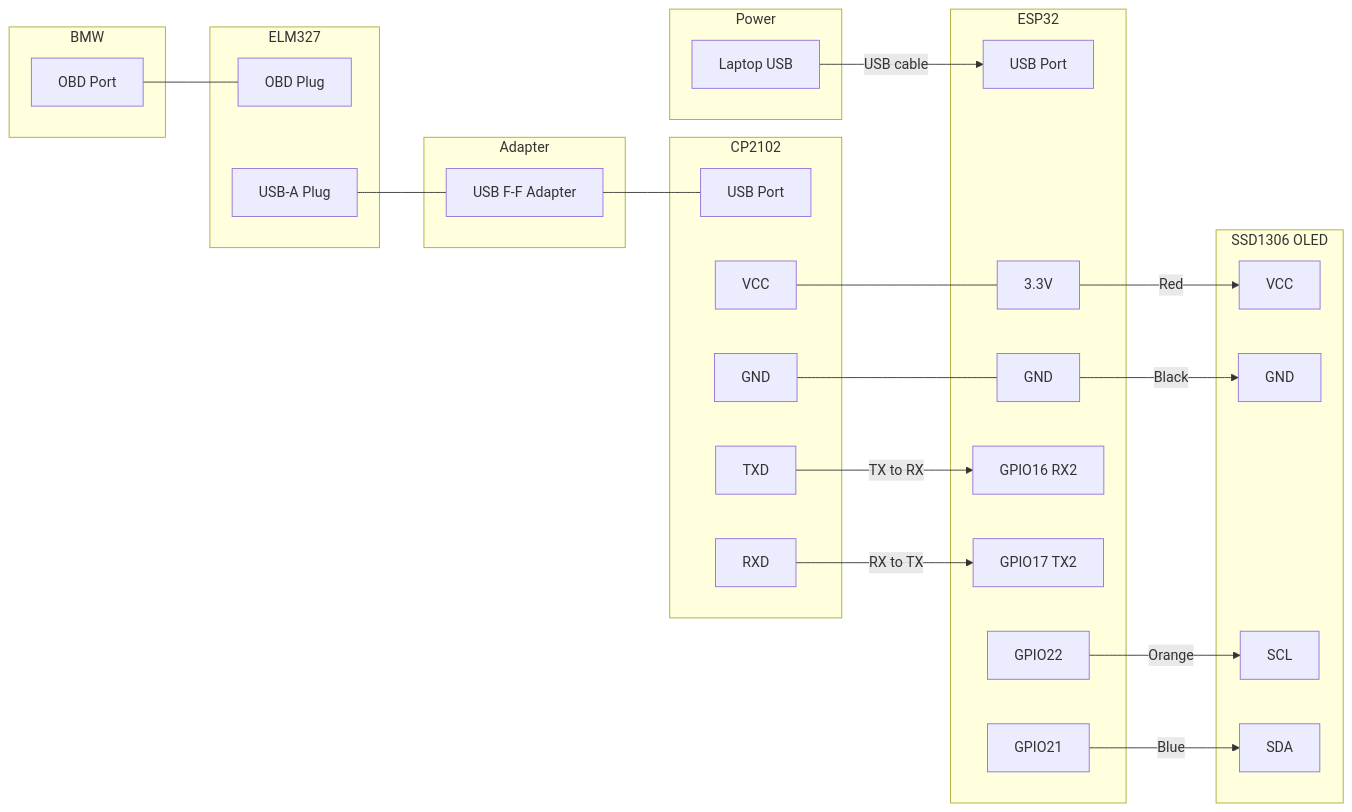
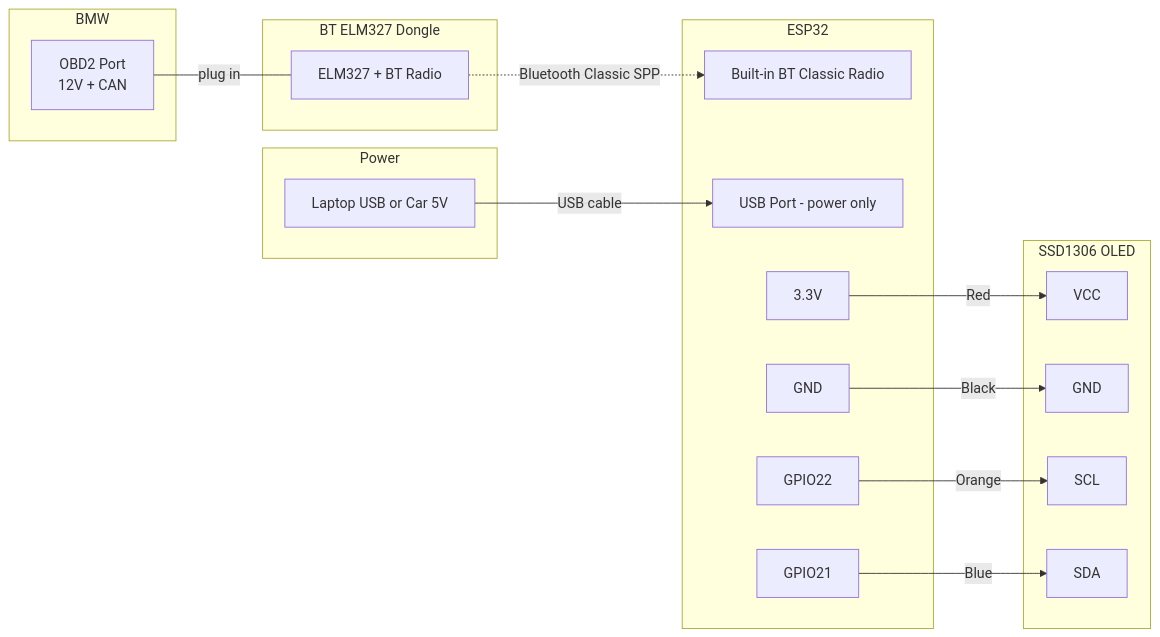
One commit to anejckl/bmw-dash-display changed the second of 2 diagrams in docs/wiring_oled.md. Above: the diagram before and after it, drawn with Mermaid. The commit also changed other lines of this file and 4 other files, not shown here.

First line of the commit message:
Switch to Bluetooth ELM327 and overhaul README

````diff
--- a/docs/wiring_oled.md
+++ b/docs/wiring_oled.md
@@ -63,57 +86,38 @@
 ```mermaid
 graph LR
     subgraph BMW
-        OBD[OBD Port]
+        OBD[OBD2 Port\n12V + CAN]
     end
 
-    subgraph ELM327
-        E_OBD[OBD Plug]
-        E_USB[USB-A Plug]
-    end
-
-    subgraph Adapter
-        FF[USB F-F Adapter]
-    end
-
-    subgraph CP2102
-        C_USB[USB Port]
-        C_TXD[TXD]
-        C_RXD[RXD]
-        C_VCC[VCC]
-        C_GND[GND]
+    subgraph BT ELM327 Dongle
+        DONGLE[ELM327 + BT Radio]
     end
 
     subgraph ESP32
-        ES_USB[USB Port]
-        ES_3V3[3.3V]
-        ES_GND[GND]
-        ES_16[GPIO16 RX2]
-        ES_17[GPIO17 TX2]
-        ES_21[GPIO21]
-        ES_22[GPIO22]
+        BT[Built-in BT Classic Radio]
+        E_USB[USB Port - power only]
+        E_3V3[3.3V]
+        E_GND[GND]
+        E_21[GPIO21]
+        E_22[GPIO22]
     end
 
     subgraph SSD1306 OLED
         O_VCC[VCC]
         O_GND[GND]
         O_SCL[SCL]
         O_SDA[SDA]
     end
 
     subgraph Power
-        USB[Laptop USB]
+        USB[Laptop USB or Car 5V]
     end
 
-    OBD --- E_OBD
-    E_USB --- FF
-    FF --- C_USB
-    C_TXD -->|TX to RX| ES_16
-    C_RXD -->|RX to TX| ES_17
-    C_VCC --- ES_3V3
-    C_GND --- ES_GND
-    USB -->|USB cable| ES_USB
-    ES_3V3 -->|Red| O_VCC
-    ES_GND -->|Black| O_GND
-    ES_22 -->|Orange| O_SCL
-    ES_21 -->|Blue| O_SDA
+    OBD ---|plug in| DONGLE
+    DONGLE -.Bluetooth Classic SPP.-> BT
+    USB -->|USB cable| E_USB
+    E_3V3 -->|Red| O_VCC
+    E_GND -->|Black| O_GND
+    E_22 -->|Orange| O_SCL
+    E_21 -->|Blue| O_SDA
 ```
````
